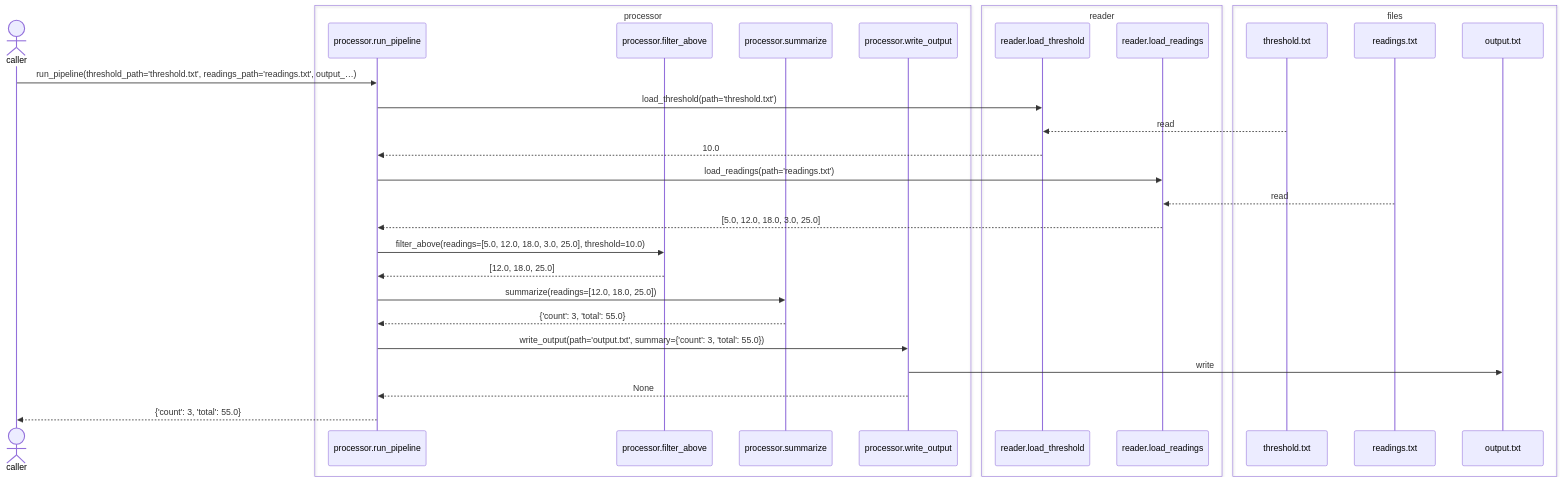
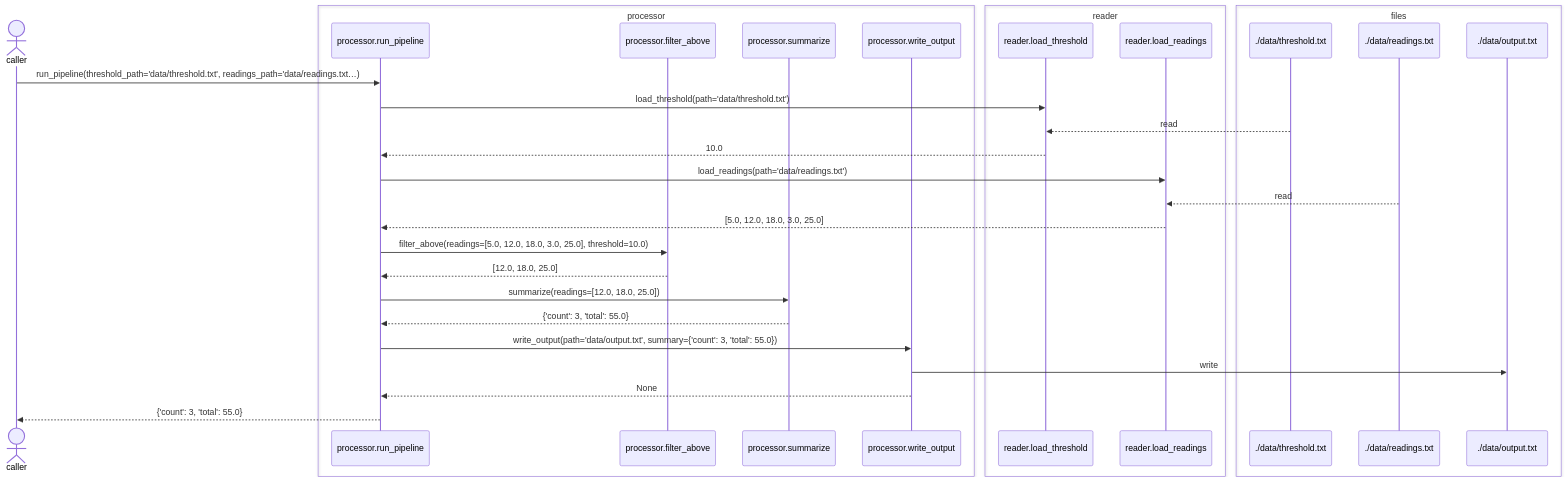
One commit to yananchuk/exec_tracer changed the diagram in examples/pipeline/trace_sequence.md. Above: the diagram before and after it, drawn with Mermaid. The commit also changed 9 other files, not shown here.

````diff
--- a/examples/pipeline/trace_sequence.md
+++ b/examples/pipeline/trace_sequence.md
@@ -1,35 +1,35 @@
 ```mermaid
 %%{init: {'maxTextSize': 100000}}%%
 sequenceDiagram
     actor caller
     box processor
         participant processor.run_pipeline as processor.run_pipeline
         participant processor.filter_above as processor.filter_above
         participant processor.summarize as processor.summarize
         participant processor.write_output as processor.write_output
     end
     box reader
         participant reader.load_threshold as reader.load_threshold
         participant reader.load_readings as reader.load_readings
     end
     box files
-        participant file0 as threshold.txt
-        participant file1 as readings.txt
-        participant file2 as output.txt
+        participant file0 as ./data/threshold.txt
+        participant file1 as ./data/readings.txt
+        participant file2 as ./data/output.txt
     end
-    caller->>processor.run_pipeline: run_pipeline(threshold_path='threshold.txt', readings_path='readings.txt', output_…)
-    processor.run_pipeline->>reader.load_threshold: load_threshold(path='threshold.txt')
+    caller->>processor.run_pipeline: run_pipeline(threshold_path='data/threshold.txt', readings_path='data/readings.txt…)
+    processor.run_pipeline->>reader.load_threshold: load_threshold(path='data/threshold.txt')
     file0-->>reader.load_threshold: read
     reader.load_threshold-->>processor.run_pipeline: 10.0
-    processor.run_pipeline->>reader.load_readings: load_readings(path='readings.txt')
+    processor.run_pipeline->>reader.load_readings: load_readings(path='data/readings.txt')
     file1-->>reader.load_readings: read
     reader.load_readings-->>processor.run_pipeline: [5.0, 12.0, 18.0, 3.0, 25.0]
     processor.run_pipeline->>processor.filter_above: filter_above(readings=[5.0, 12.0, 18.0, 3.0, 25.0], threshold=10.0)
     processor.filter_above-->>processor.run_pipeline: [12.0, 18.0, 25.0]
     processor.run_pipeline->>processor.summarize: summarize(readings=[12.0, 18.0, 25.0])
     processor.summarize-->>processor.run_pipeline: {'count': 3, 'total': 55.0}
-    processor.run_pipeline->>processor.write_output: write_output(path='output.txt', summary={'count': 3, 'total': 55.0})
+    processor.run_pipeline->>processor.write_output: write_output(path='data/output.txt', summary={'count': 3, 'total': 55.0})
     processor.write_output->>file2: write
     processor.write_output-->>processor.run_pipeline: None
     processor.run_pipeline-->>caller: {'count': 3, 'total': 55.0}
 ```
````
